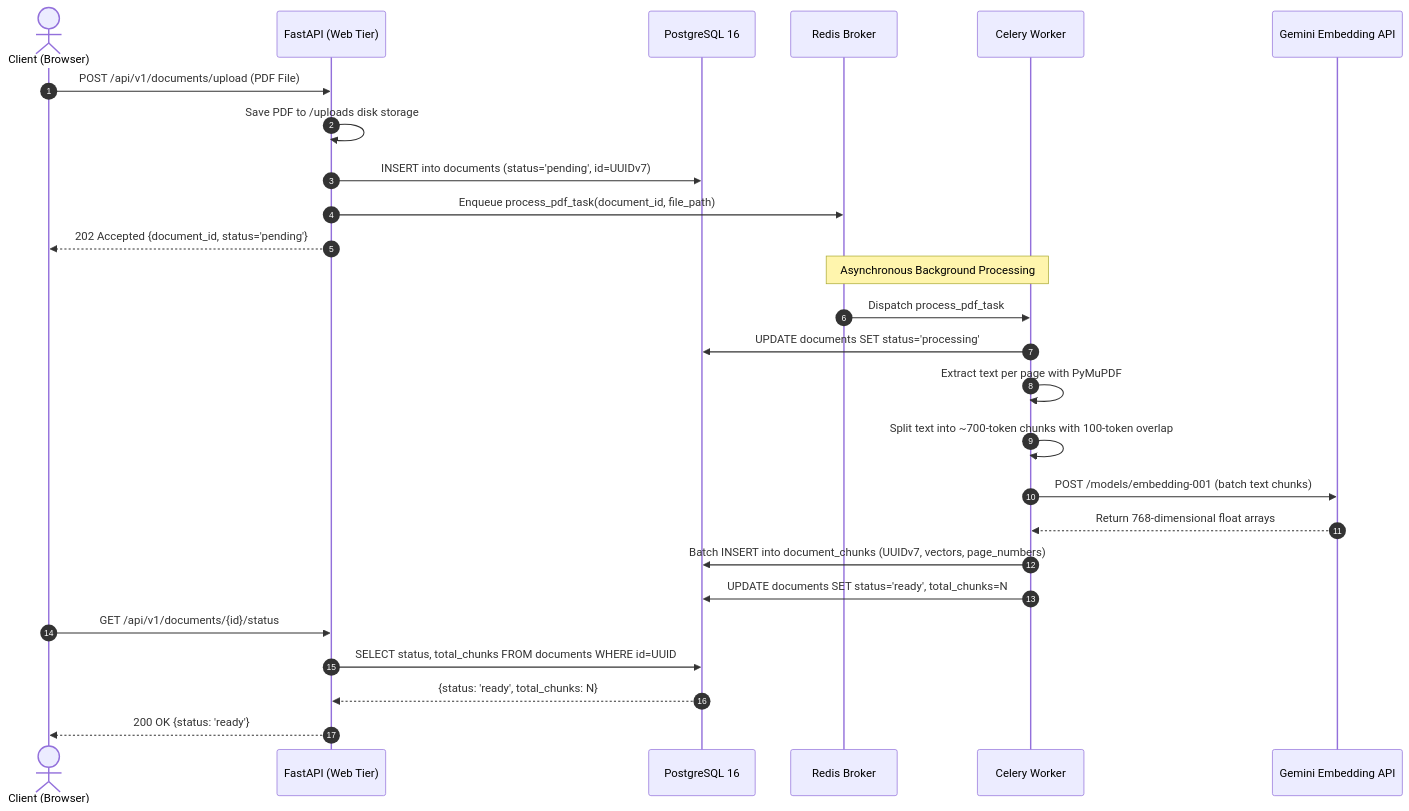
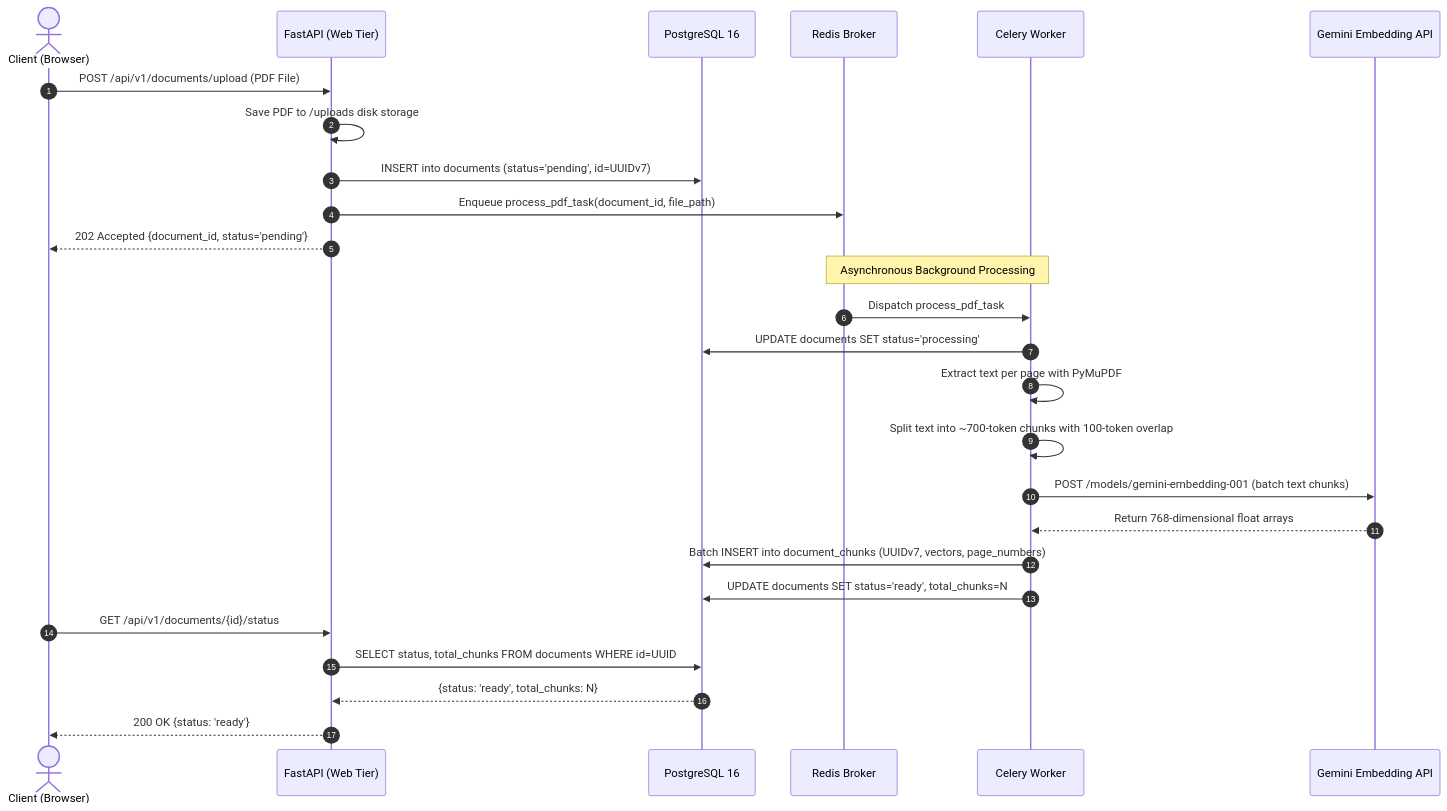
The third of 4 diagrams in docs/UML.md (ConsoleCzar-2/Scanity), drawn with Mermaid before and after one commit. The commit also changed 14 other files, not shown here.

Commit message:
Established backend ingestion framework with schemas, service definitions, and updated documentation

````diff
--- a/docs/UML.md
+++ b/docs/UML.md
@@ -152,31 +152,31 @@
 ```mermaid
 sequenceDiagram
     autonumber
     actor User as Client (Browser)
     participant API as FastAPI (Web Tier)
     participant DB as PostgreSQL 16
     participant Redis as Redis Broker
     participant Worker as Celery Worker
     participant Gemini as Gemini Embedding API
 
     User->>API: POST /api/v1/documents/upload (PDF File)
     API->>API: Save PDF to /uploads disk storage
     API->>DB: INSERT into documents (status='pending', id=UUIDv7)
     API->>Redis: Enqueue process_pdf_task(document_id, file_path)
     API-->>User: 202 Accepted {document_id, status='pending'}
 
     Note over Redis, Worker: Asynchronous Background Processing
     Redis->>Worker: Dispatch process_pdf_task
     Worker->>DB: UPDATE documents SET status='processing'
     Worker->>Worker: Extract text per page with PyMuPDF
     Worker->>Worker: Split text into ~700-token chunks with 100-token overlap
-    Worker->>Gemini: POST /models/embedding-001 (batch text chunks)
+    Worker->>Gemini: POST /models/gemini-embedding-001 (batch text chunks)
     Gemini-->>Worker: Return 768-dimensional float arrays
     Worker->>DB: Batch INSERT into document_chunks (UUIDv7, vectors, page_numbers)
     Worker->>DB: UPDATE documents SET status='ready', total_chunks=N
     
     User->>API: GET /api/v1/documents/{id}/status
     API->>DB: SELECT status, total_chunks FROM documents WHERE id=UUID
     DB-->>API: {status: 'ready', total_chunks: N}
     API-->>User: 200 OK {status: 'ready'}
 ```
````
